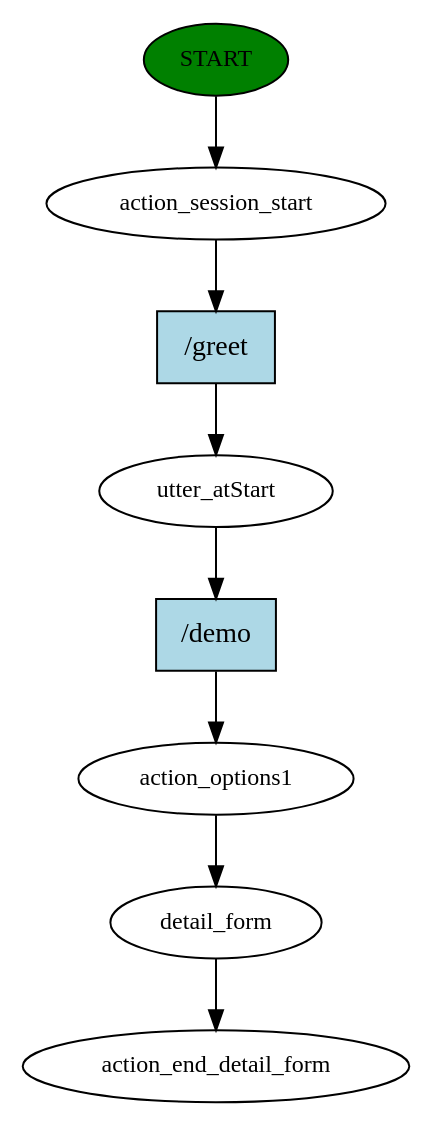
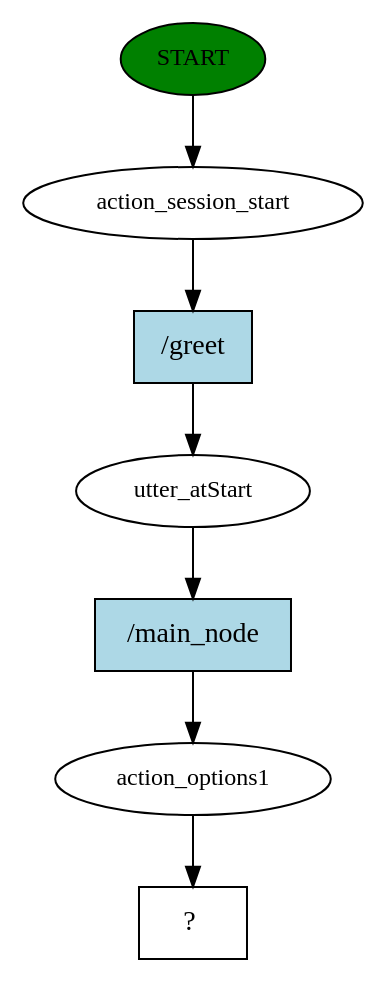
Before and after one commit to ehzawad/lanka_bangla: the diagram in gplexRasa/story_graph.dot, drawn with Graphviz. The commit also changed 6 other files, not shown here.

```diff
--- a/gplexRasa/story_graph.dot
+++ b/gplexRasa/story_graph.dot
@@ -1,17 +1,15 @@
 digraph  {
 0 [class="start active", fillcolor=green, fontsize=12, label=START, style=filled];
 1 [class=active, fontsize=12, label=action_session_start];
 2 [class=active, fontsize=12, label=utter_atStart];
 3 [class=active, fontsize=12, label=action_options1];
-4 [class=active, fontsize=12, label=detail_form];
-5 [class="dashed active", fontsize=12, label=action_end_detail_form];
-6 [class="intent active", fillcolor=lightblue, label="/greet", shape=rect, style=filled];
-7 [class="intent active", fillcolor=lightblue, label="/demo", shape=rect, style=filled];
+4 [class="intent dashed active", label="  ?  ", shape=rect];
+5 [class="intent active", fillcolor=lightblue, label="/greet", shape=rect, style=filled];
+6 [class="intent active", fillcolor=lightblue, label="/main_node", shape=rect, style=filled];
 0 -> 1  [class=active, key=NONE, label=""];
-1 -> 6  [class=active, key=0];
-2 -> 7  [class=active, key=0];
+1 -> 5  [class=active, key=0];
+2 -> 6  [class=active, key=0];
 3 -> 4  [class=active, key=NONE, label=""];
-4 -> 5  [class=active, key=NONE, label=""];
-6 -> 2  [class=active, key=0];
-7 -> 3  [class=active, key=0];
+5 -> 2  [class=active, key=0];
+6 -> 3  [class=active, key=0];
 }
```
